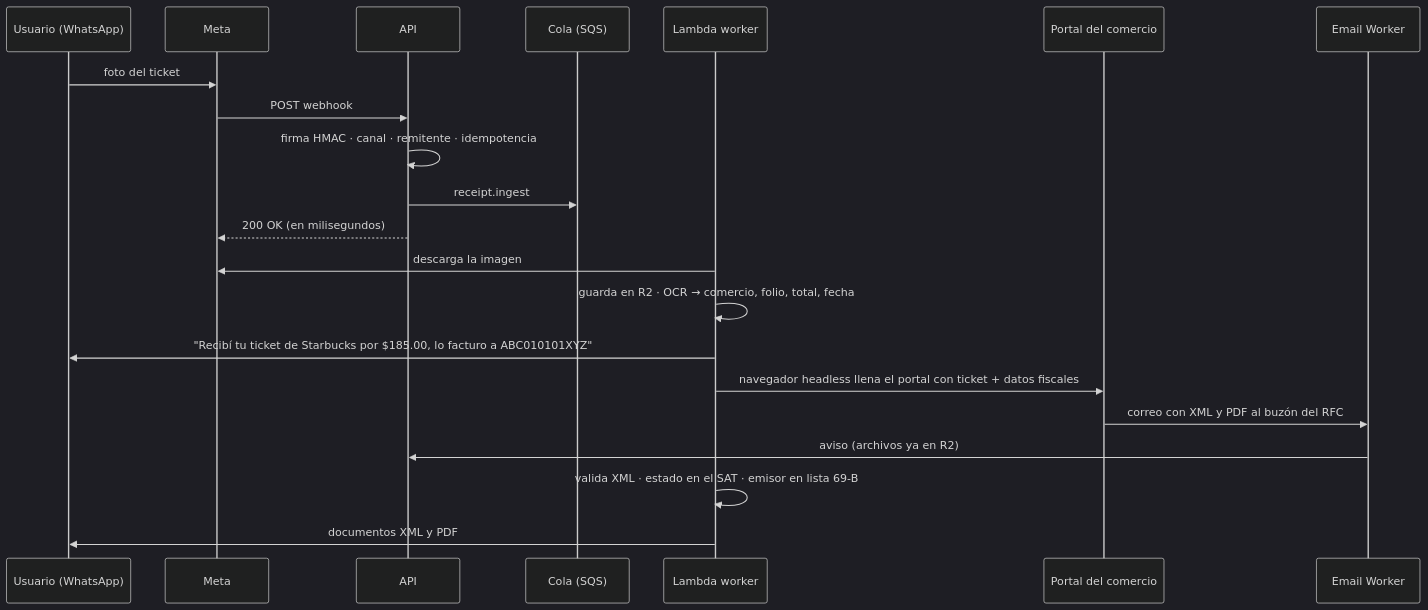
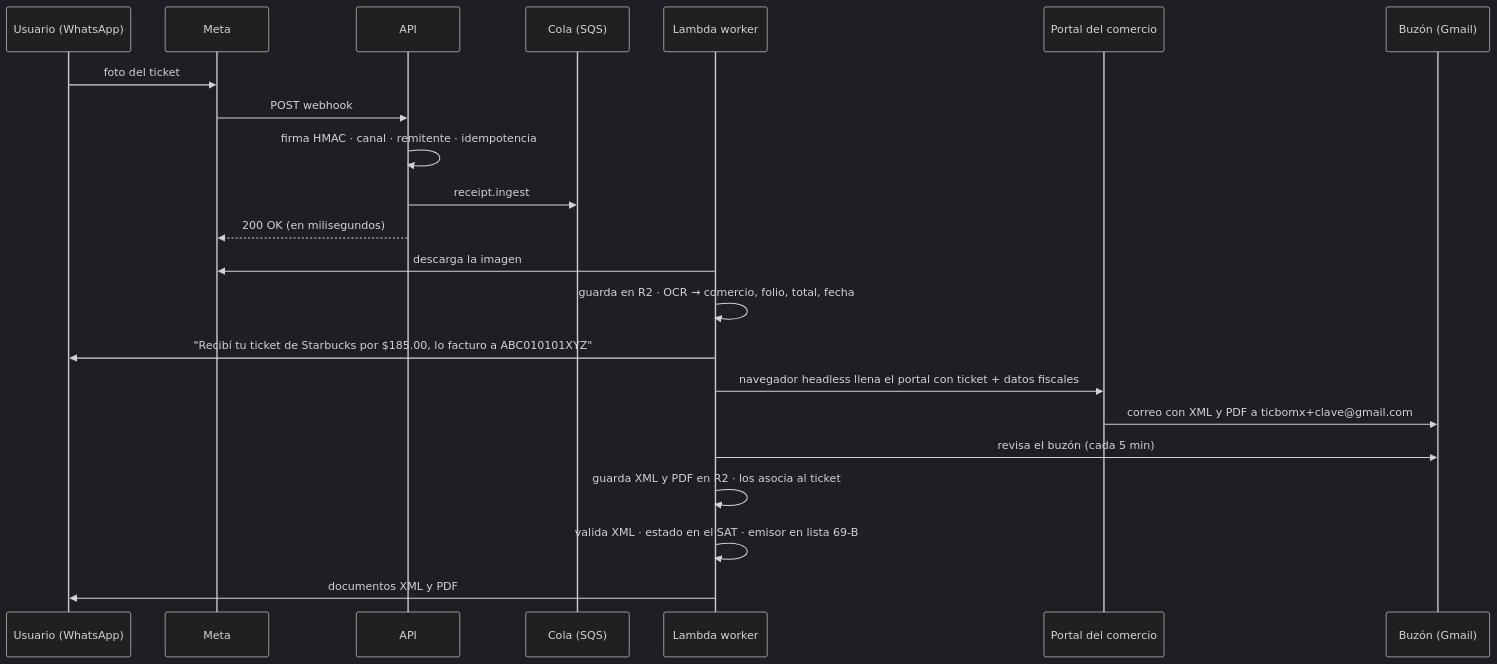
The sixth of 7 diagrams in docs/architecture/backend-design.md (AldoRxz/Escala-Ticbo-backend), drawn with Mermaid (dark theme) before and after one commit. The commit also changed other lines of this file and 1 other file, not shown here.

````diff
--- a/docs/architecture/backend-design.md
+++ b/docs/architecture/backend-design.md
@@ -420,23 +420,24 @@
 ```mermaid
 sequenceDiagram
   participant U as Usuario (WhatsApp)
   participant M as Meta
   participant API
   participant Q as Cola (SQS)
   participant W as Lambda worker
   participant P as Portal del comercio
-  participant E as Email Worker
+  participant E as Buzón (Gmail)
   U->>M: foto del ticket
   M->>API: POST webhook
   API->>API: firma HMAC · canal · remitente · idempotencia
   API->>Q: receipt.ingest
   API-->>M: 200 OK (en milisegundos)
   W->>M: descarga la imagen
   W->>W: guarda en R2 · OCR → comercio, folio, total, fecha
   W->>U: "Recibí tu ticket de Starbucks por $185.00, lo facturo a ABC010101XYZ"
   W->>P: navegador headless llena el portal con ticket + datos fiscales
-  P->>E: correo con XML y PDF al buzón del RFC
-  E->>API: aviso (archivos ya en R2)
+  P->>E: correo con XML y PDF a ticbomx+clave@gmail.com
+  W->>E: revisa el buzón (cada 5 min)
+  W->>W: guarda XML y PDF en R2 · los asocia al ticket
   W->>W: valida XML · estado en el SAT · emisor en lista 69-B
   W->>U: documentos XML y PDF
 ```
````
